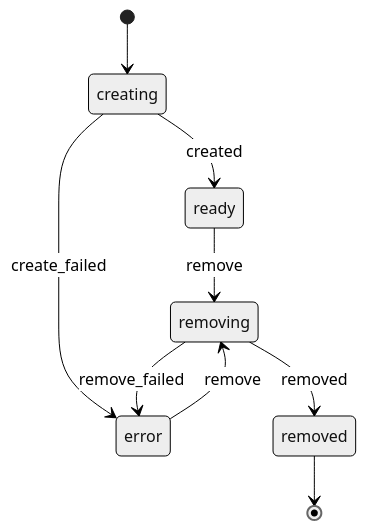
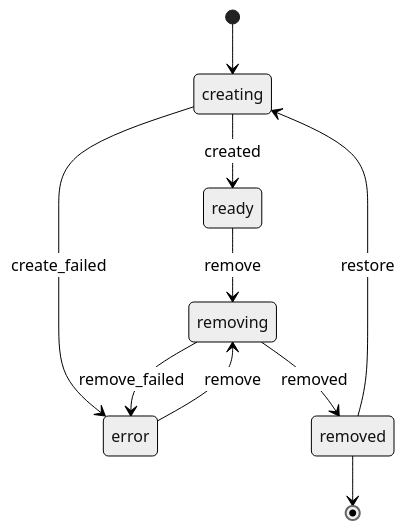
The fifth of 9 diagrams in docs/09-state-machines.md (wangyufengsky/agent-workflow), drawn with Mermaid (neutral theme) before and after one commit. The commit also changed other lines of this file and 58 other files, not shown here.

````diff
--- a/docs/09-state-machines.md
+++ b/docs/09-state-machines.md
@@ -218,11 +224,12 @@
 ```mermaid
 stateDiagram-v2
   [*] --> creating
   creating --> ready: created
   creating --> error: create_failed
   ready --> removing: remove
   removing --> removed: removed
   removing --> error: remove_failed
+  removed --> creating: restore
   error --> removing: remove
   removed --> [*]
 ```
````
